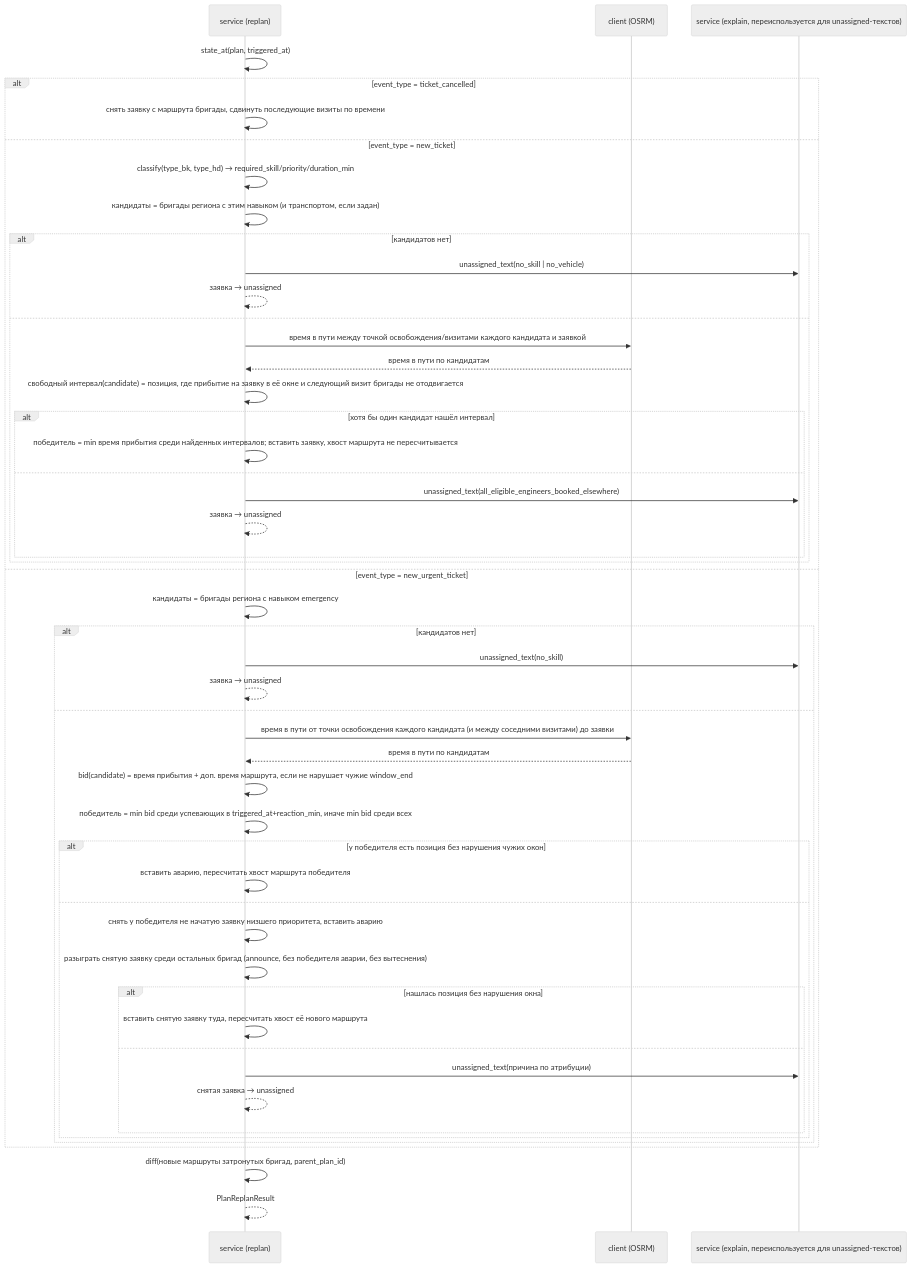
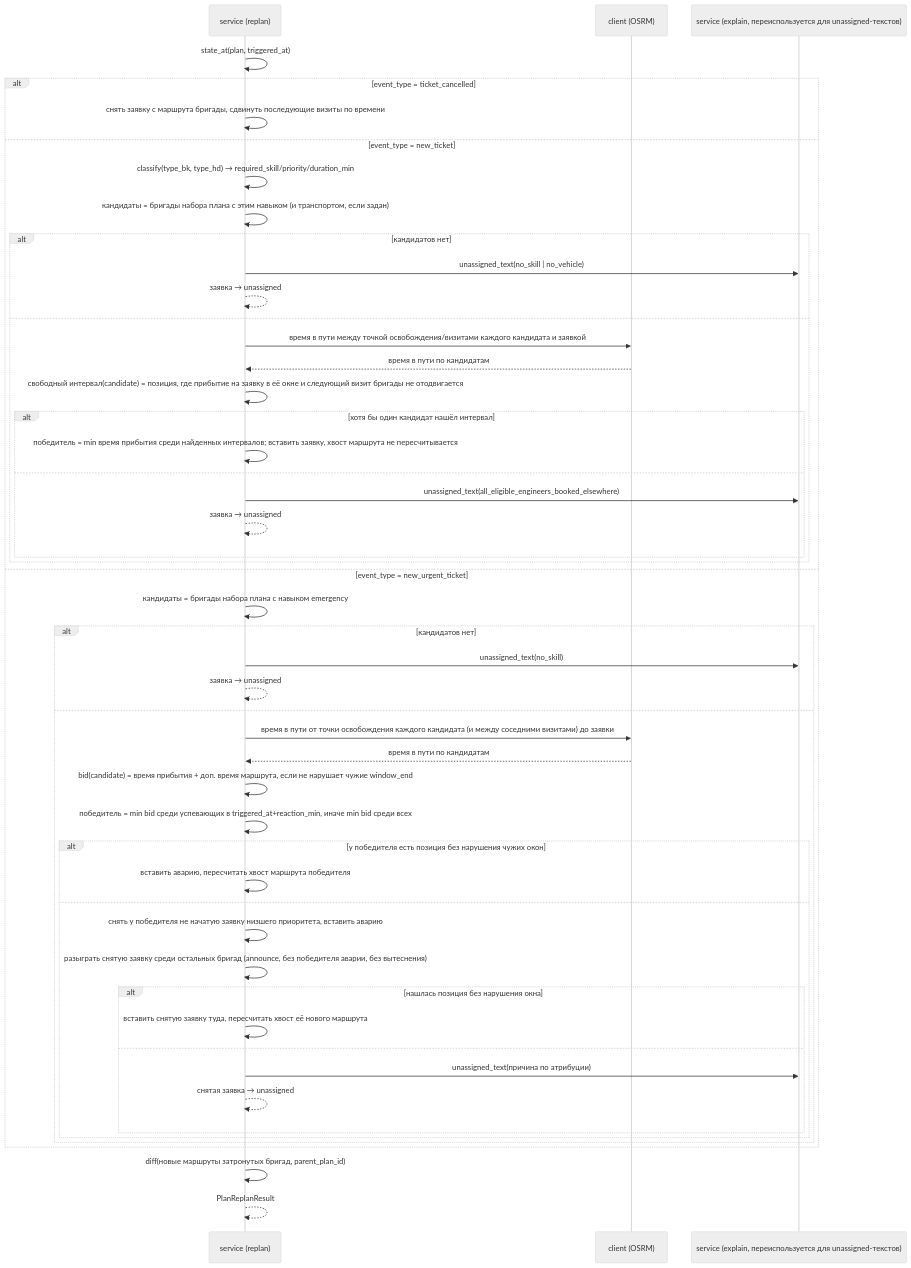
Before and after one commit to vseminoy/engineer_route_plan: the eighth of 9 diagrams in back/src/service/sequence_diagrams.md, drawn with Mermaid (neutral theme). The commit also changed other lines of this file and 1 other file, not shown here.

Commit message:
chore(cloud): changeset 18 checkpoint — sequence diagrams (step 5), pending approval

````diff
--- a/back/src/service/sequence_diagrams.md
+++ b/back/src/service/sequence_diagrams.md
@@ -804,53 +922,53 @@
 ```mermaid
 sequenceDiagram
     participant Svc as service (replan)
     participant OSRM as client (OSRM)
     participant Explain as service (explain, переиспользуется для unassigned-текстов)
 
     Svc->>Svc: state_at(plan, triggered_at)
     alt event_type = ticket_cancelled
         Svc->>Svc: снять заявку с маршрута бригады, сдвинуть последующие визиты по времени
     else event_type = new_ticket
         Svc->>Svc: classify(type_bk, type_hd) → required_skill/priority/duration_min
-        Svc->>Svc: кандидаты = бригады региона с этим навыком (и транспортом, если задан)
+        Svc->>Svc: кандидаты = бригады набора плана с этим навыком (и транспортом, если задан)
         alt кандидатов нет
             Svc->>Explain: unassigned_text(no_skill | no_vehicle)
             Svc-->>Svc: заявка → unassigned
         else
             Svc->>OSRM: время в пути между точкой освобождения/визитами каждого кандидата и заявкой
             OSRM-->>Svc: время в пути по кандидатам
             Svc->>Svc: свободный интервал(candidate) = позиция, где прибытие на заявку в её окне и следующий визит бригады не отодвигается
             alt хотя бы один кандидат нашёл интервал
                 Svc->>Svc: победитель = min время прибытия среди найденных интервалов#59; вставить заявку, хвост маршрута не пересчитывается
             else
                 Svc->>Explain: unassigned_text(all_eligible_engineers_booked_elsewhere)
                 Svc-->>Svc: заявка → unassigned
             end
         end
     else event_type = new_urgent_ticket
-        Svc->>Svc: кандидаты = бригады региона с навыком emergency
+        Svc->>Svc: кандидаты = бригады набора плана с навыком emergency
         alt кандидатов нет
             Svc->>Explain: unassigned_text(no_skill)
             Svc-->>Svc: заявка → unassigned
         else
             Svc->>OSRM: время в пути от точки освобождения каждого кандидата (и между соседними визитами) до заявки
             OSRM-->>Svc: время в пути по кандидатам
             Svc->>Svc: bid(candidate) = время прибытия + доп. время маршрута, если не нарушает чужие window_end
             Svc->>Svc: победитель = min bid среди успевающих в triggered_at+reaction_min, иначе min bid среди всех
             alt у победителя есть позиция без нарушения чужих окон
                 Svc->>Svc: вставить аварию, пересчитать хвост маршрута победителя
             else
                 Svc->>Svc: снять у победителя не начатую заявку низшего приоритета, вставить аварию
                 Svc->>Svc: разыграть снятую заявку среди остальных бригад (announce, без победителя аварии, без вытеснения)
                 alt нашлась позиция без нарушения окна
                     Svc->>Svc: вставить снятую заявку туда, пересчитать хвост её нового маршрута
                 else
                     Svc->>Explain: unassigned_text(причина по атрибуции)
                     Svc-->>Svc: снятая заявка → unassigned
                 end
             end
         end
     end
     Svc->>Svc: diff(новые маршруты затронутых бригад, parent_plan_id)
     Svc-->>Svc: PlanReplanResult
 ```
````
